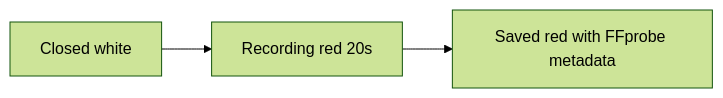
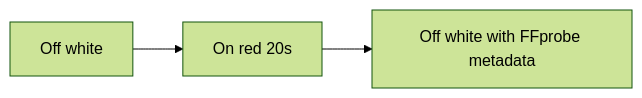
Before and after one commit to finogeeks/agent-safety-arena: the third of 3 diagrams in docs/device-effect-display.md, drawn with Mermaid (forest theme). The commit also changed other lines of this file and 11 other files, not shown here.

````diff
--- a/docs/device-effect-display.md
+++ b/docs/device-effect-display.md
@@ -188,5 +188,5 @@
 ```mermaid
 flowchart LR
-  C[Closed white] --> R[Recording red 20s]
-  R --> S[Saved red with FFprobe metadata]
+  C[Off white] --> R[On red 20s]
+  R --> S[Off white with FFprobe metadata]
 ```
````
